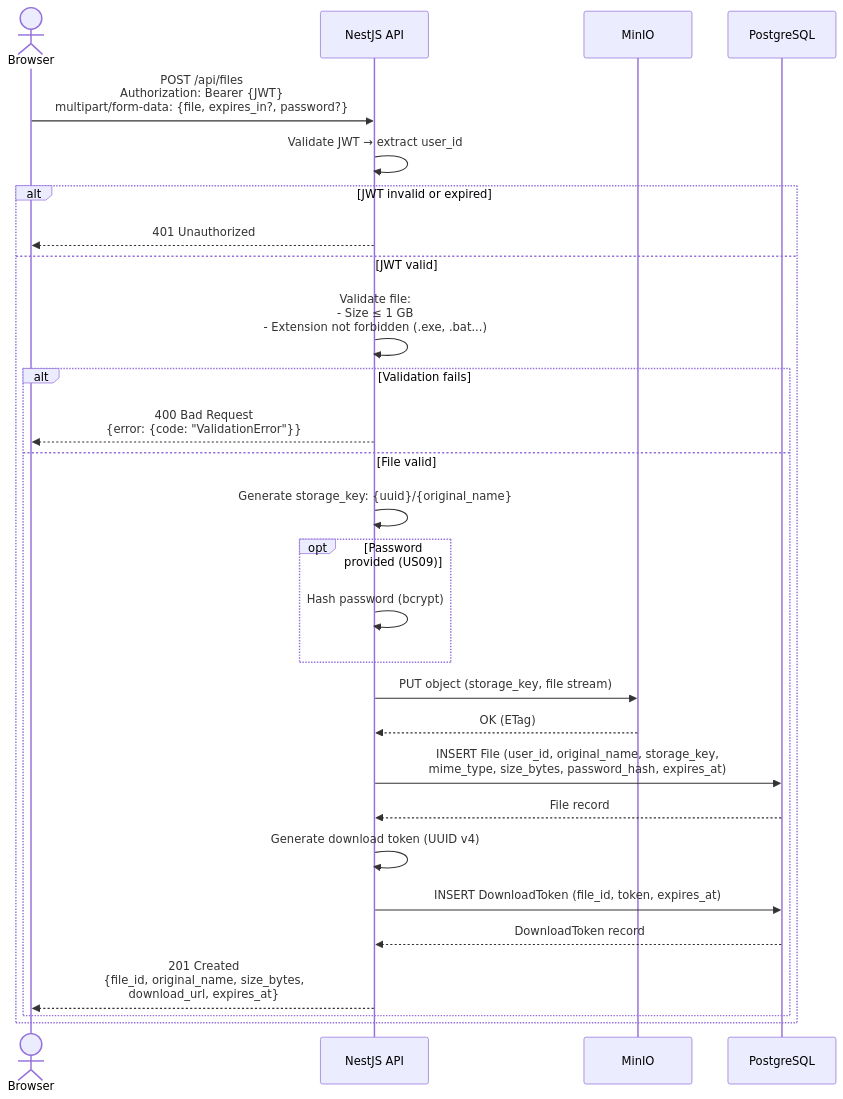
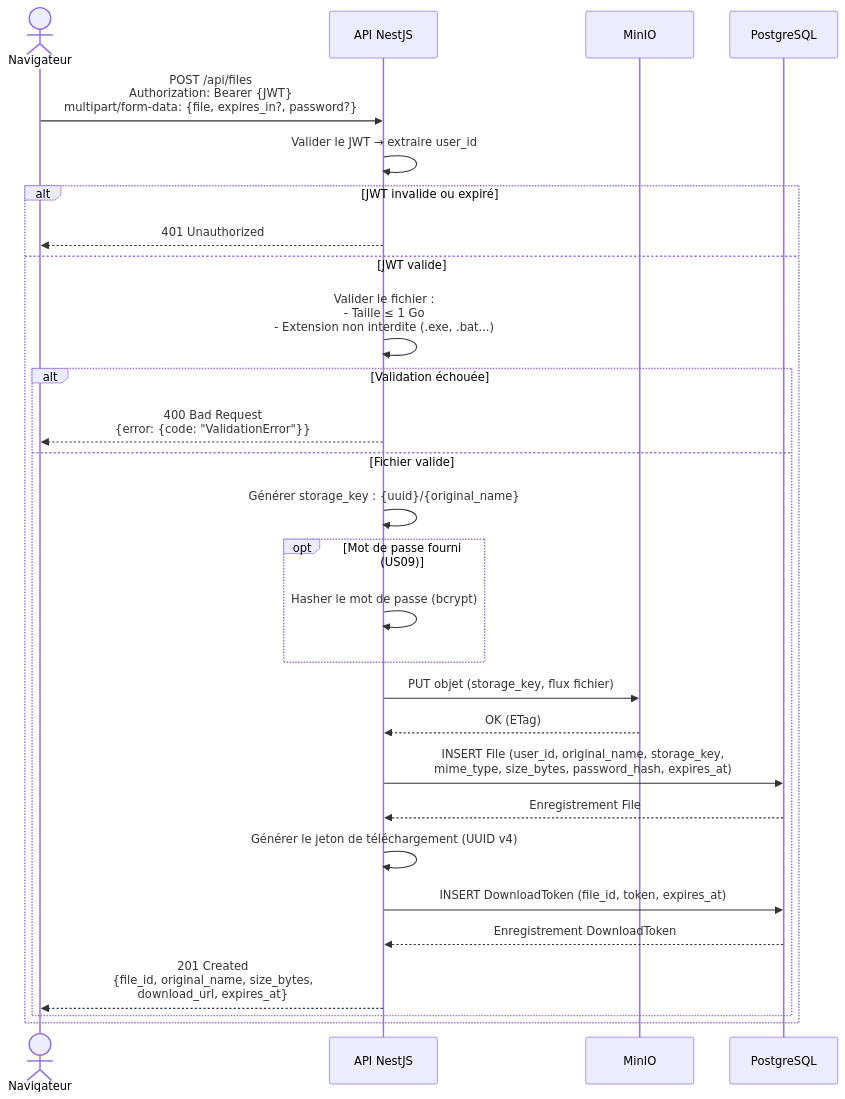
Before and after one commit to OC-Expert-DevOps/P3-OC-software-development-management: the second of 8 diagrams in docs/architecture/03-sequence-diagrams.md, drawn with Mermaid. The commit also changed other lines of this file and 21 other files, not shown here.

````diff
--- a/docs/architecture/03-sequence-diagrams.md
+++ b/docs/architecture/03-sequence-diagrams.md
@@ -52,31 +52,31 @@
 ```mermaid
 sequenceDiagram
-    actor User as Browser
-    participant API as NestJS API
+    actor User as Navigateur
+    participant API as API NestJS
     participant S3 as MinIO
     participant DB as PostgreSQL
 
     User->>API: POST /api/files<br/>Authorization: Bearer {JWT}<br/>multipart/form-data: {file, expires_in?, password?}
-    API->>API: Validate JWT → extract user_id
-    alt JWT invalid or expired
+    API->>API: Valider le JWT → extraire user_id
+    alt JWT invalide ou expiré
         API-->>User: 401 Unauthorized
-    else JWT valid
-        API->>API: Validate file:<br/>- Size ≤ 1 GB<br/>- Extension not forbidden (.exe, .bat...)
-        alt Validation fails
+    else JWT valide
+        API->>API: Valider le fichier :<br/>- Taille ≤ 1 Go<br/>- Extension non interdite (.exe, .bat...)
+        alt Validation échouée
             API-->>User: 400 Bad Request<br/>{error: {code: "ValidationError"}}
-        else File valid
-            API->>API: Generate storage_key: {uuid}/{original_name}
-            opt Password provided (US09)
-                API->>API: Hash password (bcrypt)
+        else Fichier valide
+            API->>API: Générer storage_key : {uuid}/{original_name}
+            opt Mot de passe fourni (US09)
+                API->>API: Hasher le mot de passe (bcrypt)
             end
-            API->>S3: PUT object (storage_key, file stream)
+            API->>S3: PUT objet (storage_key, flux fichier)
             S3-->>API: OK (ETag)
             API->>DB: INSERT File (user_id, original_name, storage_key,<br/>mime_type, size_bytes, password_hash, expires_at)
-            DB-->>API: File record
-            API->>API: Generate download token (UUID v4)
+            DB-->>API: Enregistrement File
+            API->>API: Générer le jeton de téléchargement (UUID v4)
             API->>DB: INSERT DownloadToken (file_id, token, expires_at)
-            DB-->>API: DownloadToken record
+            DB-->>API: Enregistrement DownloadToken
             API-->>User: 201 Created<br/>{file_id, original_name, size_bytes,<br/>download_url, expires_at}
         end
     end
 ```
````
